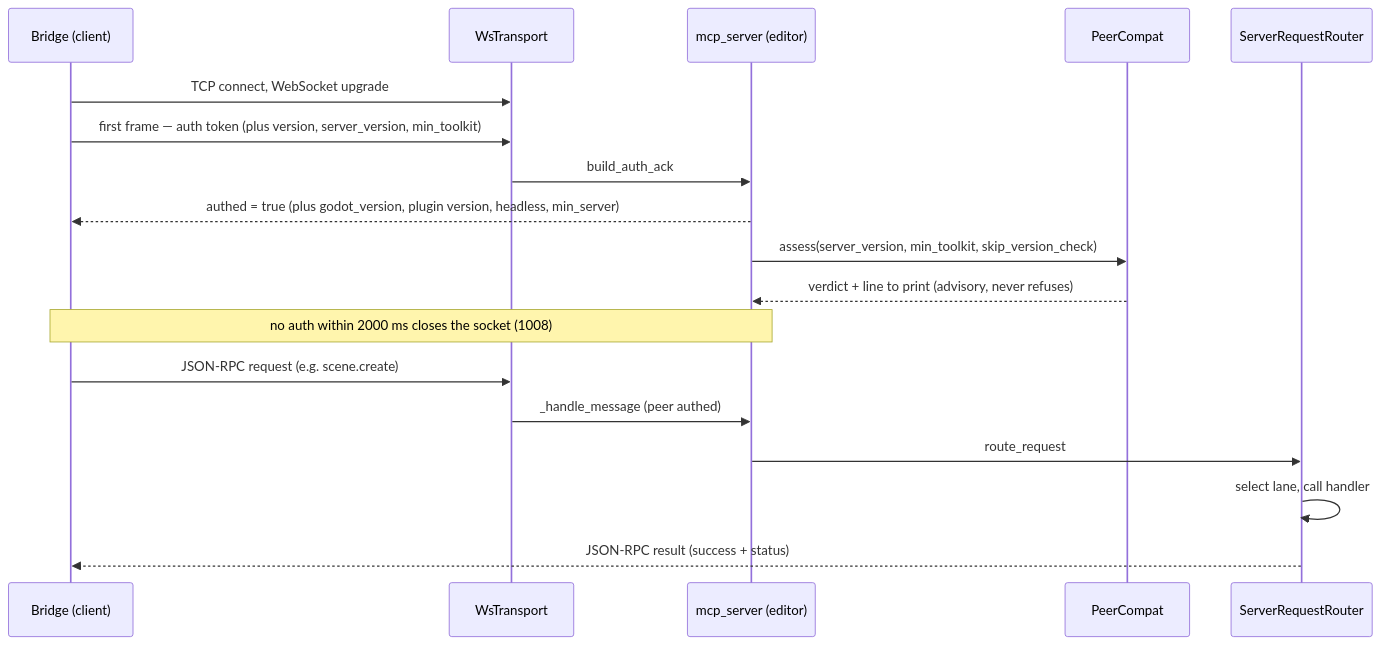
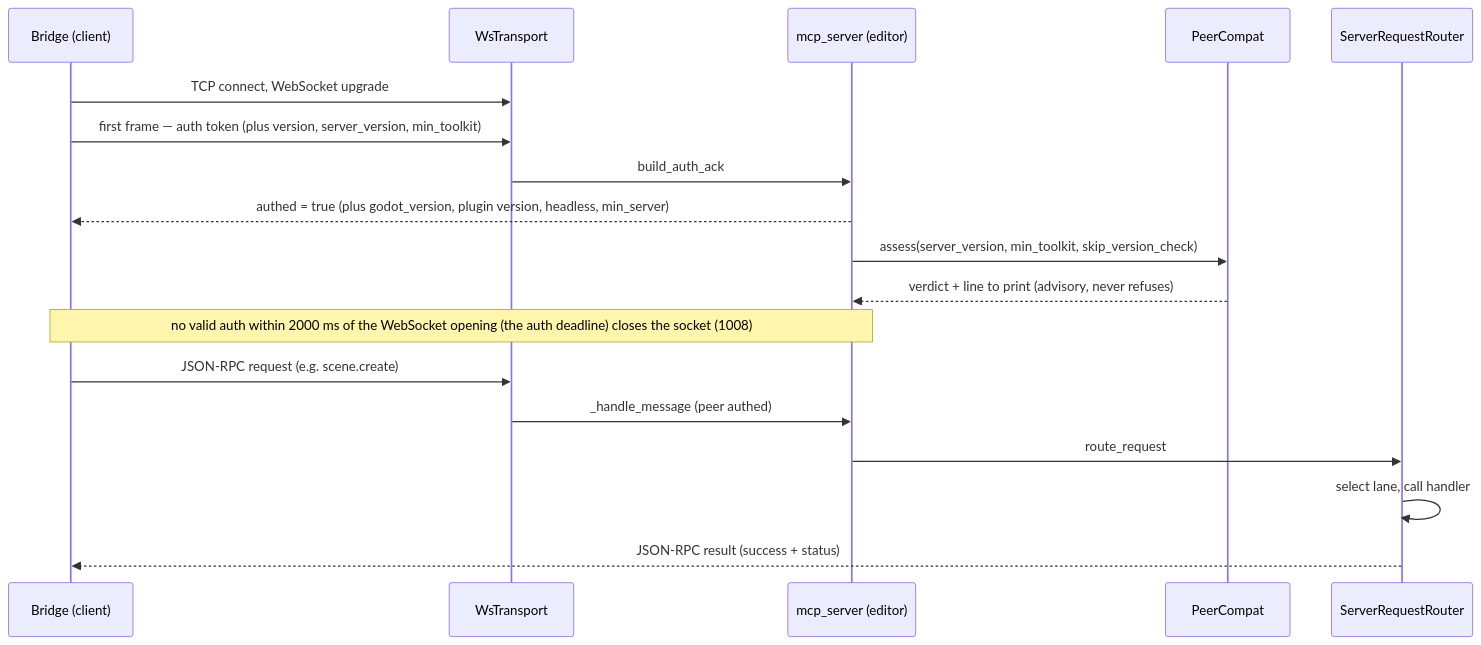
Before and after one commit to NPGameDev/godot-mcp-toolkit: the third of 13 diagrams in docs/architecture/README.md, drawn with Mermaid. The commit also changed other lines of this file and 1 other file, not shown here.

First line of the commit message:
docs(arch): re-attest the transport sections after the auth and open deadlines

````diff
--- a/docs/architecture/README.md
+++ b/docs/architecture/README.md
@@ -217,20 +217,20 @@
 ```mermaid
 sequenceDiagram
     participant C as Bridge (client)
     participant T as WsTransport
     participant S as mcp_server (editor)
     participant P as PeerCompat
     participant R as ServerRequestRouter
     C->>T: TCP connect, WebSocket upgrade
     C->>T: first frame — auth token (plus version, server_version, min_toolkit)
     T->>S: build_auth_ack
     S-->>C: authed = true (plus godot_version, plugin version, headless, min_server)
     S->>P: assess(server_version, min_toolkit, skip_version_check)
     P-->>S: verdict + line to print (advisory, never refuses)
-    Note over C,S: no auth within 2000 ms closes the socket (1008)
+    Note over C,S: no valid auth within 2000 ms of the WebSocket opening (the auth deadline) closes the socket (1008)
     C->>T: JSON-RPC request (e.g. scene.create)
     T->>S: _handle_message (peer authed)
     S->>R: route_request
     R->>R: select lane, call handler
     R-->>C: JSON-RPC result (success + status)
 ```
````
